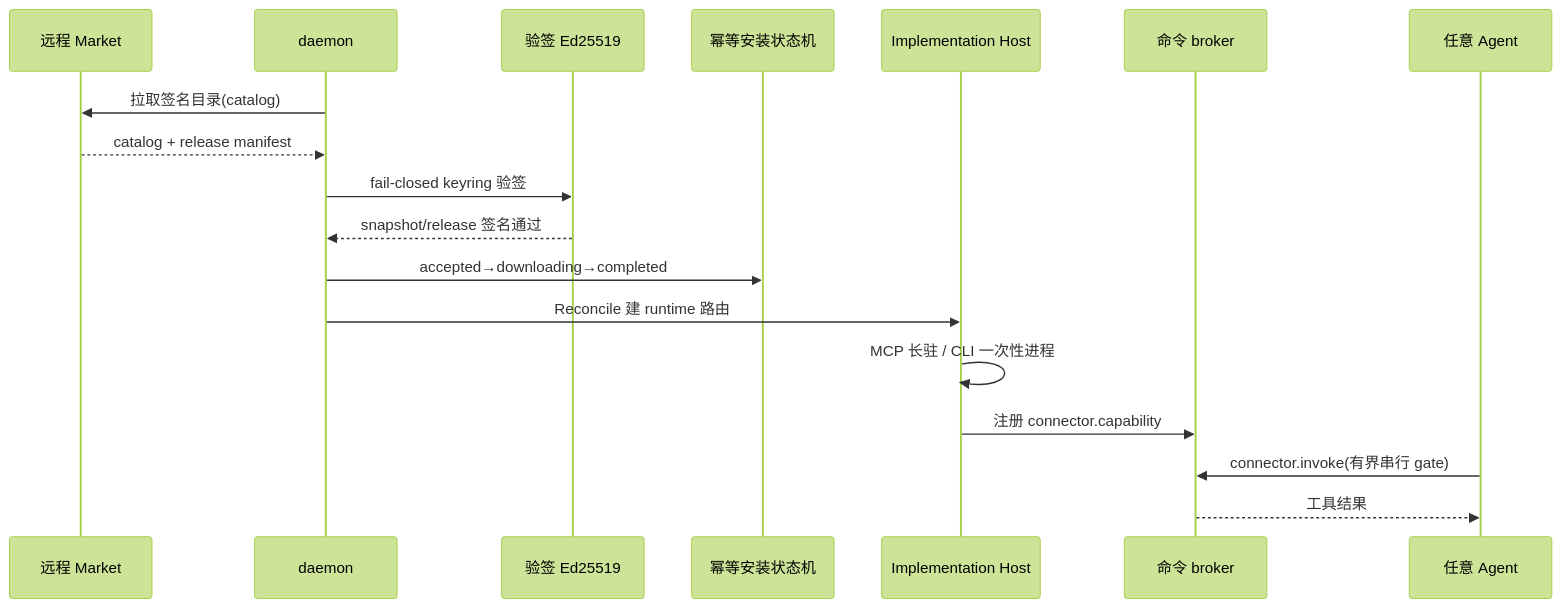
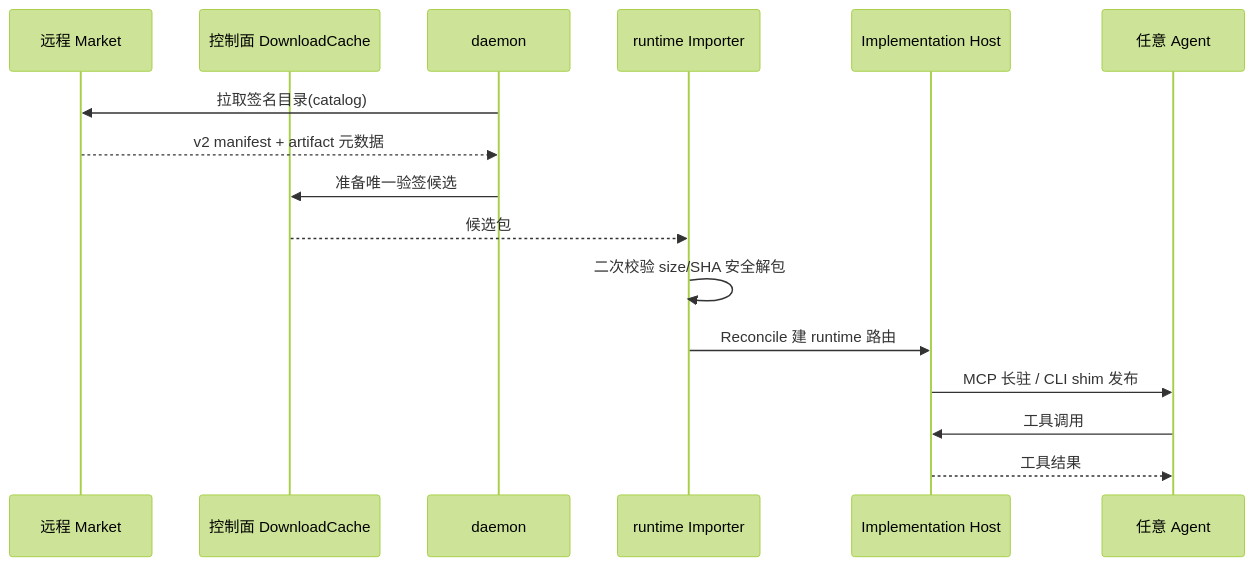
The diagram in ai-agent/tutti/connector-market.md (morehao/oss-insights), drawn with Mermaid (forest theme) before and after one commit. The commit also changed other lines of this file and 21 other files, not shown here.

````diff
--- a/ai-agent/tutti/connector-market.md
+++ b/ai-agent/tutti/connector-market.md
@@ -36,21 +52,19 @@
 ```mermaid
 sequenceDiagram
     participant Remote as 远程 Market
+    participant CP as 控制面 DownloadCache
     participant D as daemon
-    participant V as 验签 Ed25519
-    participant P as 幂等安装状态机
+    participant R as runtime Importer
     participant H as Implementation Host
-    participant B as 命令 broker
     participant A as 任意 Agent
 
     D->>Remote: 拉取签名目录(catalog)
-    Remote-->>D: catalog + release manifest
-    D->>V: fail-closed keyring 验签
-    V-->>D: snapshot/release 签名通过
-    D->>P: accepted→downloading→completed
-    D->>H: Reconcile 建 runtime 路由
-    H->>H: MCP 长驻 / CLI 一次性进程
-    H->>B: 注册 connector.capability
-    A->>B: connector.invoke(有界串行 gate)
-    B-->>A: 工具结果
+    Remote-->>D: v2 manifest + artifact 元数据
+    D->>CP: 准备唯一验签候选
+    CP-->>R: 候选包
+    R->>R: 二次校验 size/SHA 安全解包
+    R->>H: Reconcile 建 runtime 路由
+    H->>A: MCP 长驻 / CLI shim 发布
+    A->>H: 工具调用
+    H-->>A: 工具结果
 ```
````
